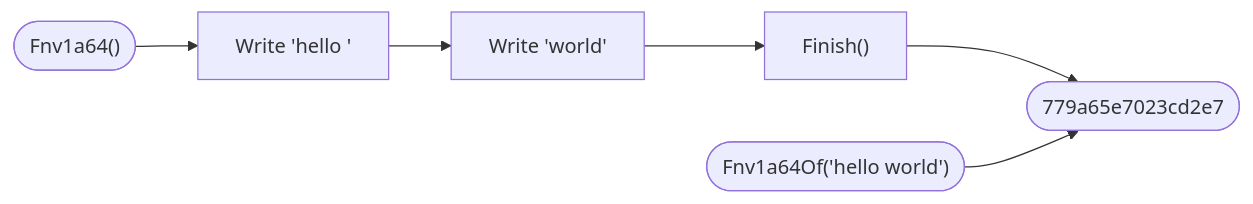
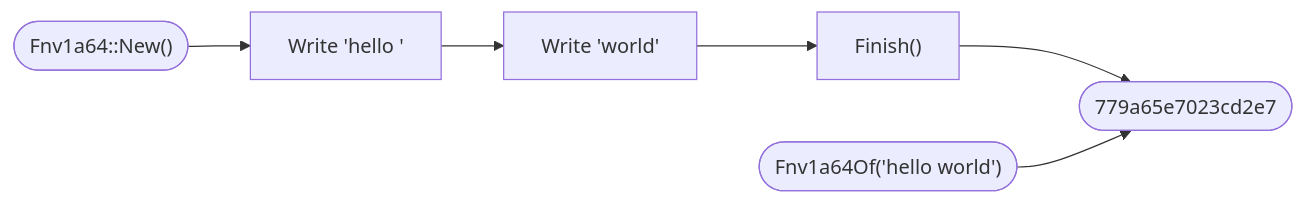
The diagram in content/docs/1.learn/20.utilities/08.hash.md (rux-lang/Web), drawn with Mermaid before and after one commit. The commit also changed other lines of this file and 20 other files, not shown here.

````diff
--- a/content/docs/1.learn/20.utilities/08.hash.md
+++ b/content/docs/1.learn/20.utilities/08.hash.md
@@ -89,5 +89,5 @@
 ```mermaid
 flowchart LR
-    new(["`Fnv1a64()`"]) --> w1["`Write 'hello '`"] --> w2["`Write 'world'`"] --> f["`Finish()`"] --> h(["`779a65e7023cd2e7`"])
+    new(["`Fnv1a64::New()`"]) --> w1["`Write 'hello '`"] --> w2["`Write 'world'`"] --> f["`Finish()`"] --> h(["`779a65e7023cd2e7`"])
     one(["`Fnv1a64Of('hello world')`"]) --> h
 ```
````
